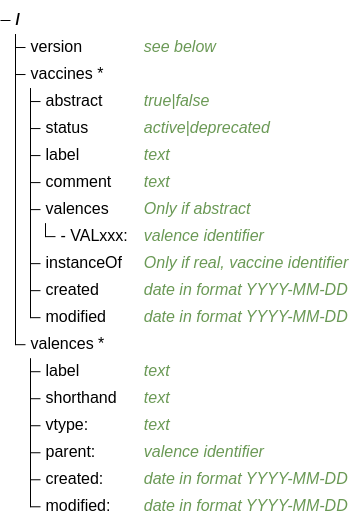
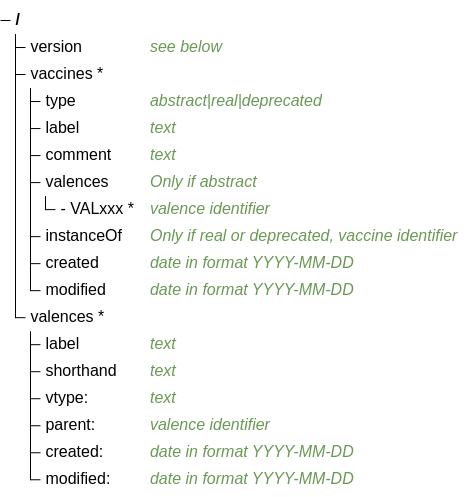
The diagram in docs/documentation/tools/f_workfile.md (IVC-NUVA/NUVA), drawn with Mermaid before and after one commit. The commit also changed 7 other files, not shown here.

Commit message:
Update the documentation with Deprecated type.

````diff
--- a/docs/documentation/tools/f_workfile.md
+++ b/docs/documentation/tools/f_workfile.md
@@ -18,21 +18,20 @@
 ```mermaid
 treeView-beta
 	version ## see below
 	vaccines *
-		abstract ## true|false
-		status ## active|deprecated
+		type ## abstract|real|deprecated
 		label ## text
 		comment ## text
 		valences ## Only if abstract
-			- VALxxx: ##valence identifier
-		instanceOf ## Only if real, vaccine identifier
+			- VALxxx * ##valence identifier
+		instanceOf ## Only if real or deprecated, vaccine identifier
 		created ## date in format YYYY-MM-DD
 		modified ## date in format YYYY-MM-DD
-	valences *
+	valences * 
 		label ## text
 		shorthand ## text
 		vtype: ## text
 		parent: ## valence identifier
 		created: ## date in format YYYY-MM-DD
 		modified: ## date in format YYYY-MM-DD
 ```
````
